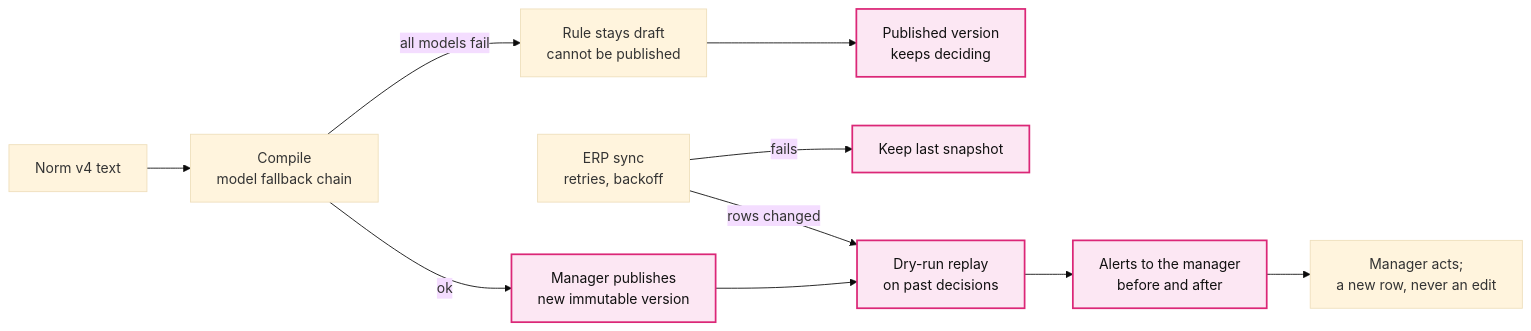
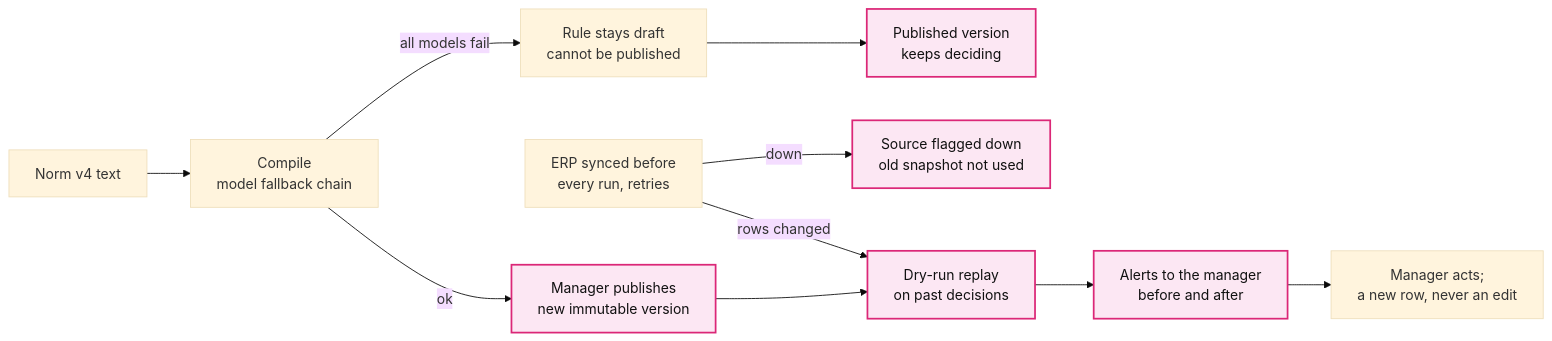
Before and after one commit to Martinhdeez/trace-it: the diagram in docs/adr/E-change-without-code-recover-without-loss.md, drawn with Mermaid (base theme). The commit also changed other lines of this file and 16 other files, not shown here.

First line of the commit message:
docs(adr): 0027 and 0028 into detail; key B adds SOURCE_UNAVAILABLE, key E syncs the ERP before every run

````diff
--- a/docs/adr/E-change-without-code-recover-without-loss.md
+++ b/docs/adr/E-change-without-code-recover-without-loss.md
@@ -33,14 +39,14 @@
 ```mermaid
 flowchart LR
   NV["Norm v4 text"] --> CMP["Compile<br/>model fallback chain"]
   CMP -- "all models fail" --> DR["Rule stays draft<br/>cannot be published"]
   DR --> OLDV["Published version<br/>keeps deciding"]
   CMP -- ok --> PV["Manager publishes<br/>new immutable version"]
-  ERP["ERP sync<br/>retries, backoff"] -- fails --> OLD["Keep last snapshot"]
+  ERP["ERP synced before<br/>every run, retries"] -- "down" --> OLD["Source flagged down<br/>old snapshot not used"]
   ERP -- "rows changed" --> DRY["Dry-run replay<br/>on past decisions"]
   PV --> DRY
   DRY --> AL["Alerts to the manager<br/>before and after"]
   AL --> MG["Manager acts;<br/>a new row, never an edit"]
   classDef ke fill:#fce7f3,stroke:#db2777,stroke-width:2px,color:#111
   class OLDV,PV,OLD,DRY,AL ke
 ```
````
